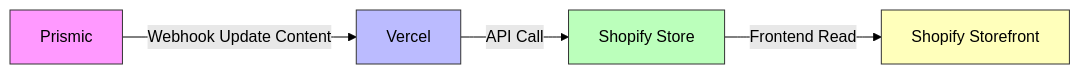
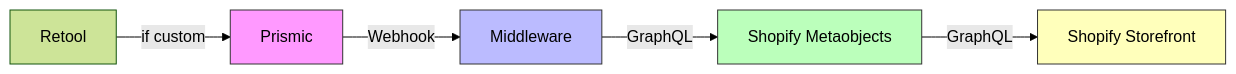
One commit to DaChuanHaiyanZhang/aftershock-docs changed the second of 2 diagrams in src/en/aftershockau/index.md. Above: the diagram before and after it, drawn with Mermaid (forest theme). The commit also changed other lines of this file and 2 other files, not shown here.

````diff
--- a/src/en/aftershockau/index.md
+++ b/src/en/aftershockau/index.md
@@ -23,18 +57,18 @@
 ```mermaid
 flowchart LR
 
-  A[Prismic] -->|Webhook Update Content| B[Vercel]
-  B -->|API Call| D[Shopify Store]
-  D -->|Frontend Read| E[Shopify Storefront]
+  Retool --if custom--> A[Prismic] -->|Webhook| B[Middleware]
+  B -->|GraphQL| D[Shopify Metaobjects]
+  D -->|GraphQL| E[Shopify Storefront]
 
   classDef cms fill:#f9f,stroke:#333,stroke-width:1px;
   classDef serverless fill:#bbf,stroke:#333,stroke-width:1px;
   classDef store fill:#bfb,stroke:#333,stroke-width:1px;
   classDef frontend fill:#ffb,stroke:#333,stroke-width:1px;
 
   class A cms;
   class B,C serverless;
   class D store;
   class E,F frontend;
 
 ```
````
